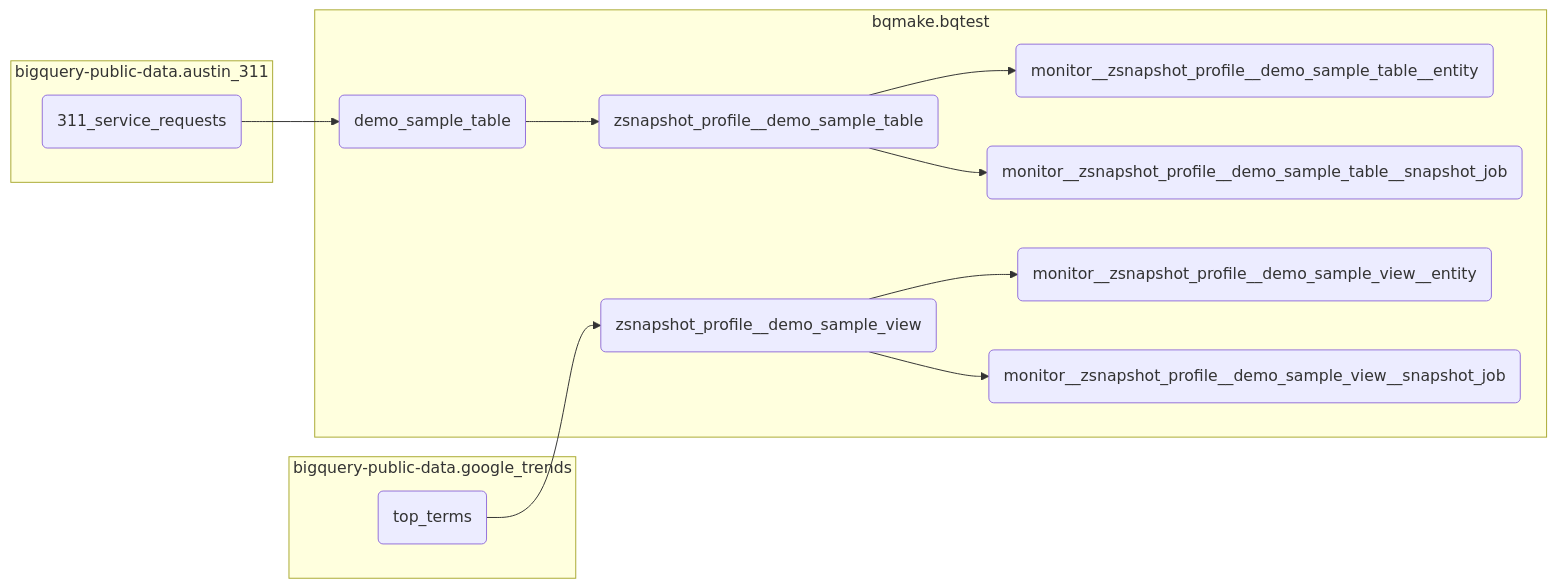
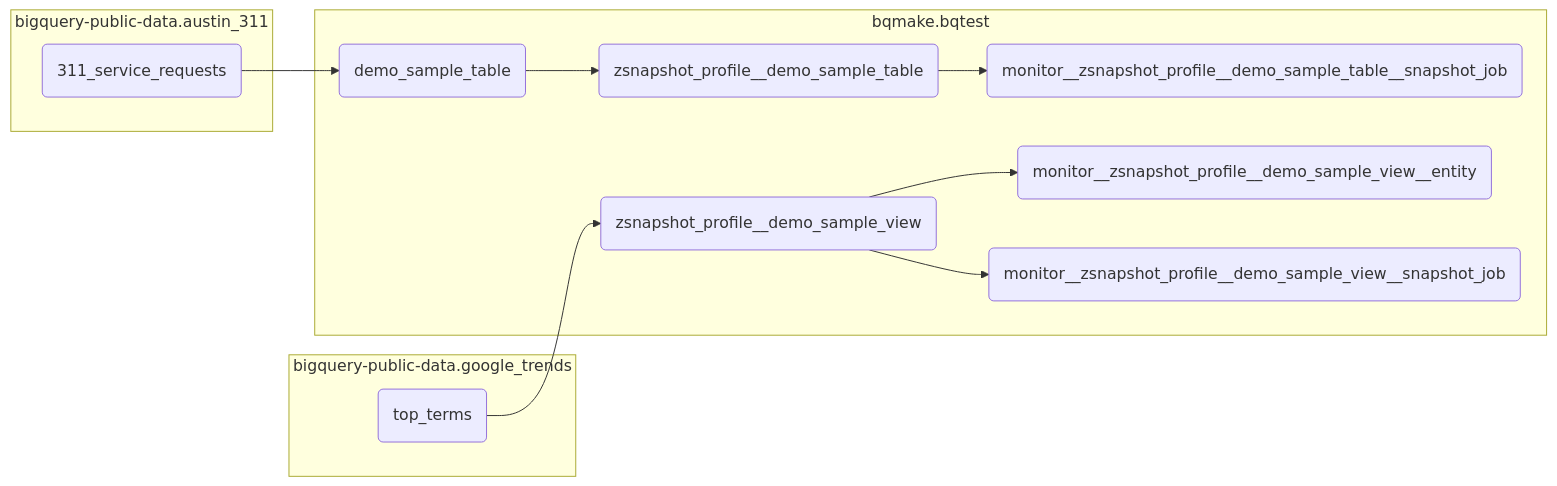
The diagram in bigquery/@default/bqtest/README.md (takegue/bqmake), drawn with Mermaid before and after one commit. The commit also changed other lines of this file, not shown here.

````diff
--- a/bigquery/@default/bqtest/README.md
+++ b/bigquery/@default/bqtest/README.md
@@ -64,25 +76,23 @@
 ```mermaid
 graph LR
 subgraph bqmake.bqtest
 	1+1w(demo_sample_table)
-	xksx(monitor__zsnapshot_profile__demo_sample_table__entity)
 	Gtda(zsnapshot_profile__demo_sample_table)
 	lhos(monitor__zsnapshot_profile__demo_sample_table__snapshot_job)
 	leEX(monitor__zsnapshot_profile__demo_sample_view__entity)
 	TIeN(zsnapshot_profile__demo_sample_view)
 	F3Xr(monitor__zsnapshot_profile__demo_sample_view__snapshot_job)
 end
 subgraph bigquery-public-data.austin_311
 	CNg3(311_service_requests)
 end
 subgraph bigquery-public-data.google_trends
 	1imV(top_terms)
 end
 CNg3 --> 1+1w
-Gtda --> xksx
 1+1w --> Gtda
 Gtda --> lhos
 TIeN --> leEX
 1imV --> TIeN
 TIeN --> F3Xr
 ```
````
